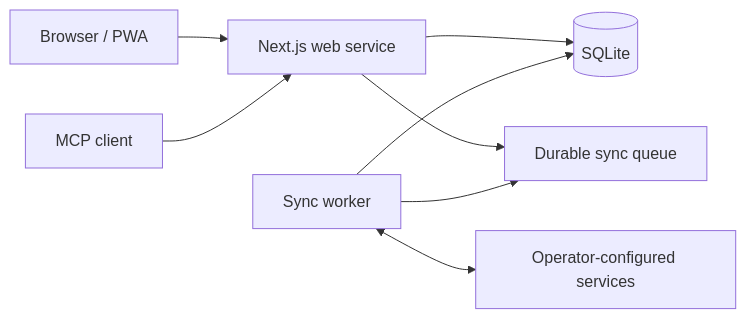
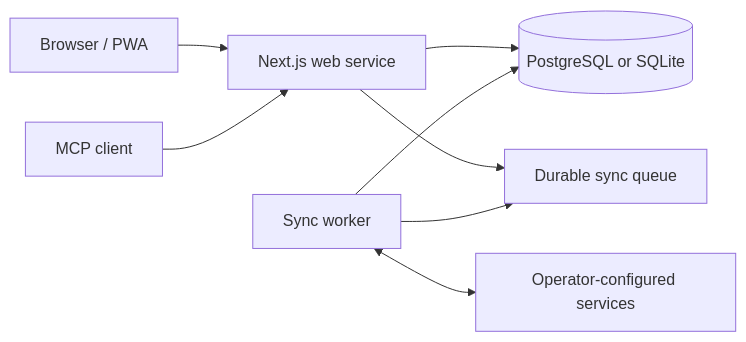
Before and after one commit to rsocko/mission-control: the diagram in docs/public/architecture.md, drawn with Mermaid. The commit also changed other lines of this file and 11 other files, not shown here.

Commit message:
docs: align architecture with PostgreSQL decision

````diff
--- a/docs/public/architecture.md
+++ b/docs/public/architecture.md
@@ -7,10 +8,10 @@
 ```mermaid
 flowchart LR
   Browser["Browser / PWA"] --> Web["Next.js web service"]
   MCP["MCP client"] --> Web
-  Web --> DB[("SQLite")]
+  Web --> DB[("PostgreSQL or SQLite")]
   Web --> Queue["Durable sync queue"]
   Worker["Sync worker"] --> Queue
   Worker --> DB
   Worker <--> Services["Operator-configured services"]
 ```
````
